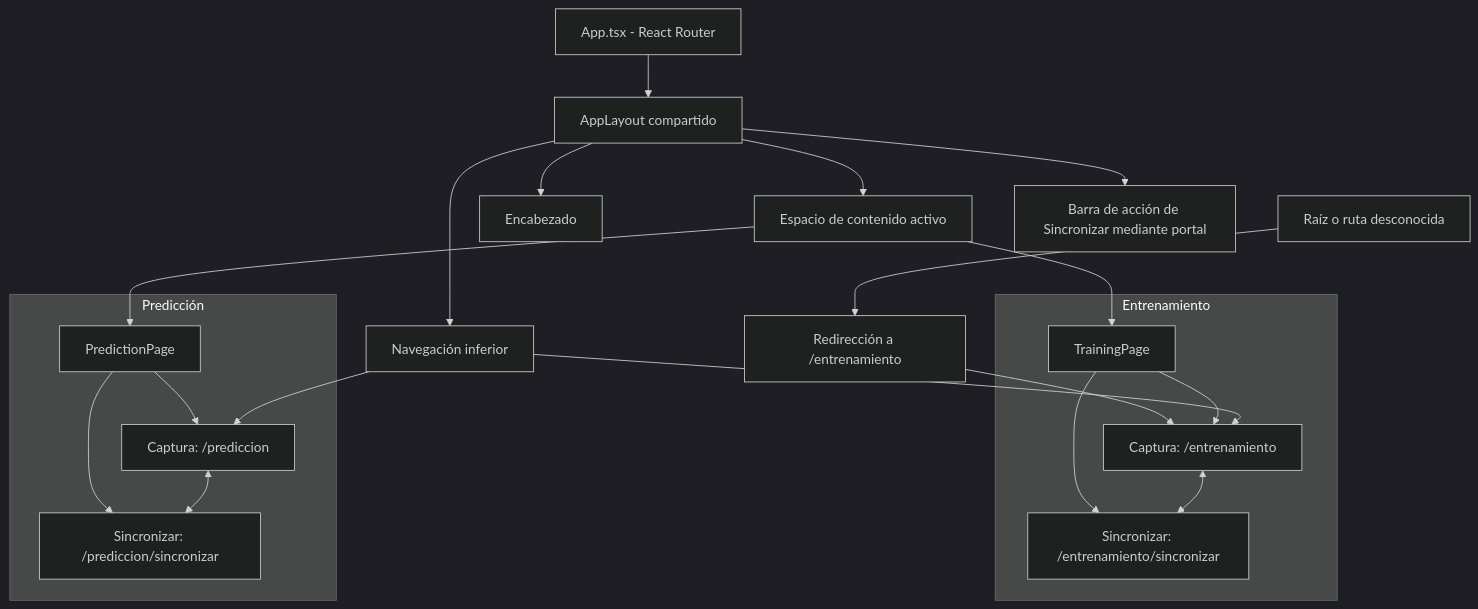
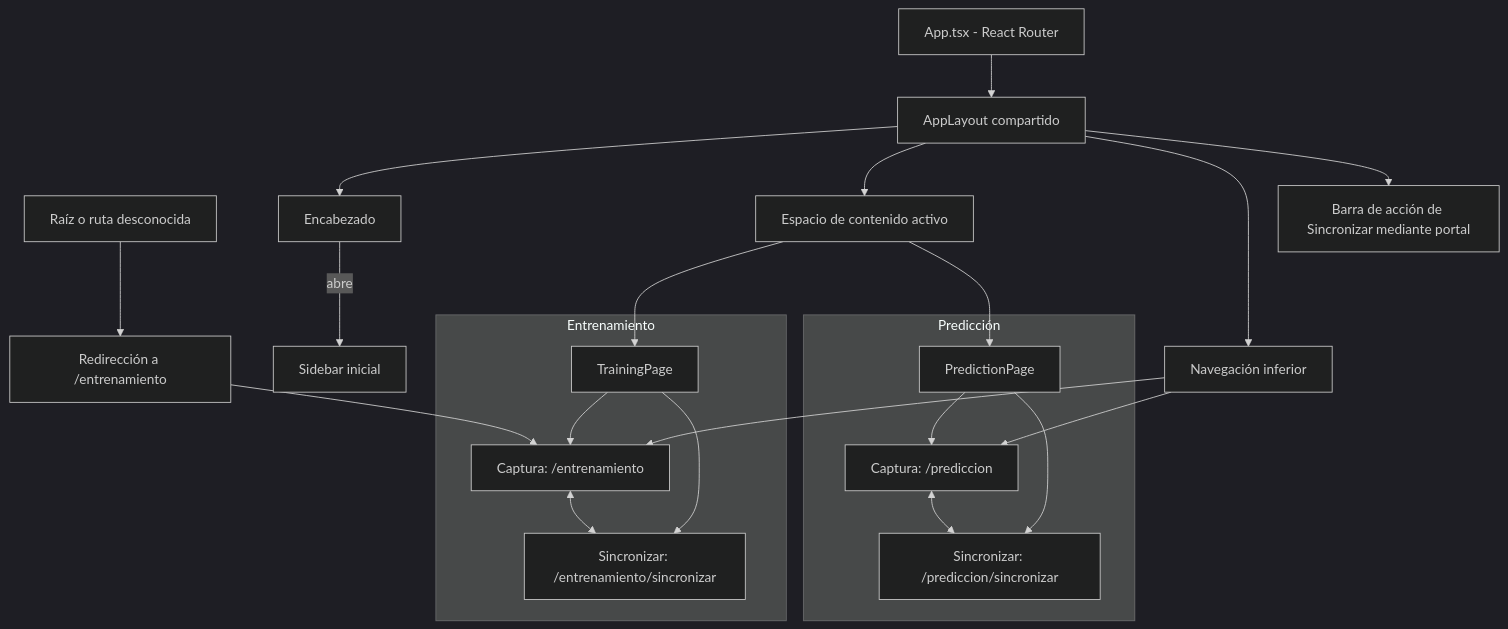
One commit to JoseAngel-U1/ml-sensores-frontend changed the diagram in docs/UI_ARCHITECTURE.md. Above: the diagram before and after it, drawn with Mermaid (dark theme). The commit also changed other lines of this file and 7 other files, not shown here.

````diff
--- a/docs/UI_ARCHITECTURE.md
+++ b/docs/UI_ARCHITECTURE.md
@@ -55,24 +59,25 @@
 ```mermaid
 flowchart TD
     App[App.tsx - React Router] --> Layout[AppLayout compartido]
     Unknown[Raíz o ruta desconocida] --> Redirect[Redirección a /entrenamiento]
     Redirect --> TC
     Layout --> Header[Encabezado]
+    Header -->|abre| Sidebar[Sidebar inicial]
     Layout --> Content[Espacio de contenido activo]
     Layout --> Nav[Navegación inferior]
     Layout --> Action[Barra de acción de Sincronizar mediante portal]
     Content --> Training[TrainingPage]
     Content --> Prediction[PredictionPage]
     subgraph Entrenamiento
         Training --> TC["Captura: /entrenamiento"]
         Training --> TS["Sincronizar: /entrenamiento/sincronizar"]
         TC <--> TS
     end
     subgraph Prediccion[Predicción]
         Prediction --> PC["Captura: /prediccion"]
         Prediction --> PS["Sincronizar: /prediccion/sincronizar"]
         PC <--> PS
     end
     Nav --> TC
     Nav --> PC
 ```
````
